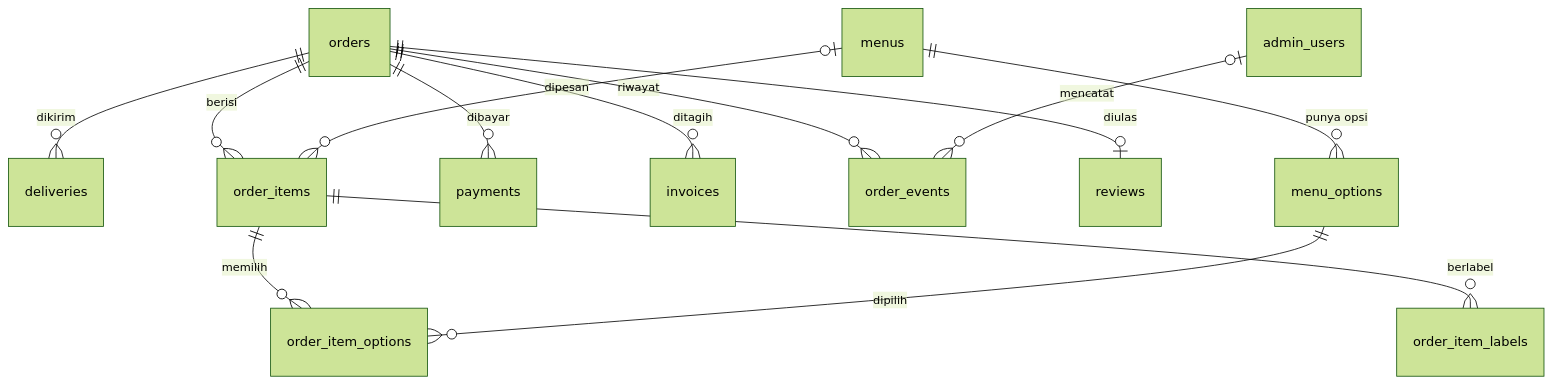
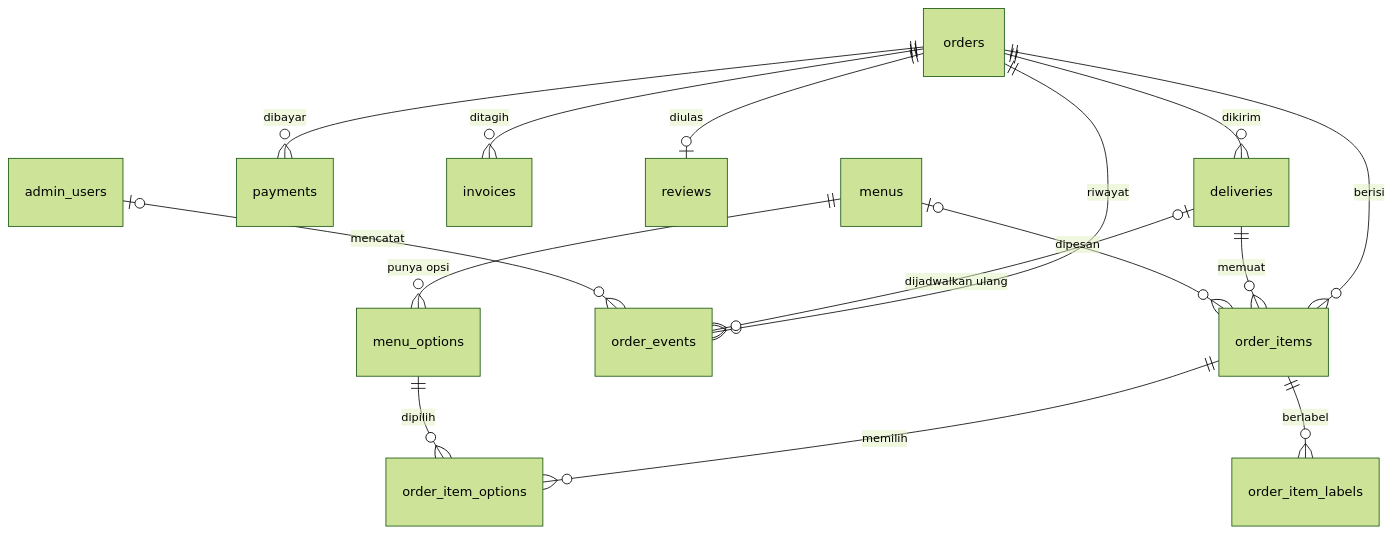
The diagram in docs/erd.md (A26-CS028/macymoo-fs), drawn with Mermaid (forest theme) before and after one commit. The commit also changed other lines of this file and 1 other file, not shown here.

````diff
--- a/docs/erd.md
+++ b/docs/erd.md
@@ -6,15 +6,17 @@
 ```mermaid
 erDiagram
   orders ||--o{ deliveries : dikirim
   orders ||--o{ order_items : berisi
   orders ||--o{ payments : dibayar
   orders ||--o{ invoices : ditagih
   orders ||--o{ order_events : riwayat
   orders ||--o| reviews : diulas
+  deliveries ||--o{ order_items : memuat
+  deliveries |o--o{ order_events : "dijadwalkan ulang"
   menus |o--o{ order_items : dipesan
   menus ||--o{ menu_options : "punya opsi"
   order_items ||--o{ order_item_options : memilih
   menu_options ||--o{ order_item_options : dipilih
   order_items ||--o{ order_item_labels : berlabel
   admin_users |o--o{ order_events : mencatat
 ```
````
